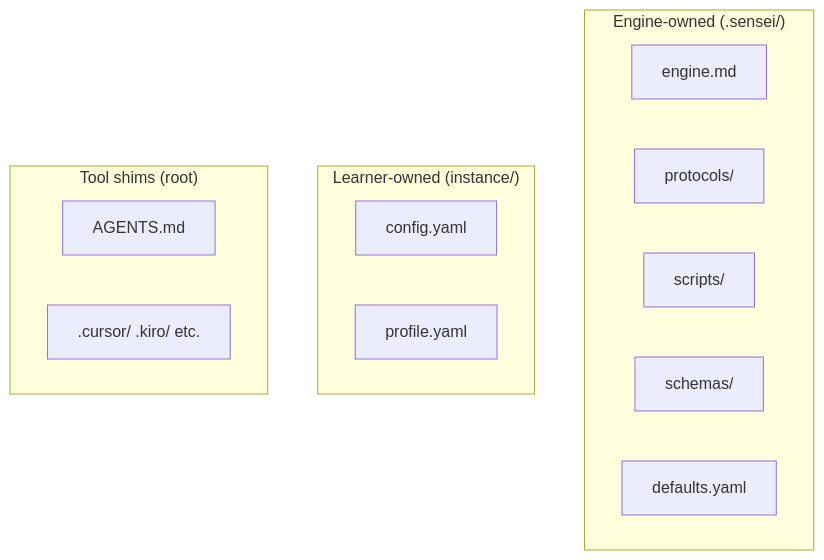
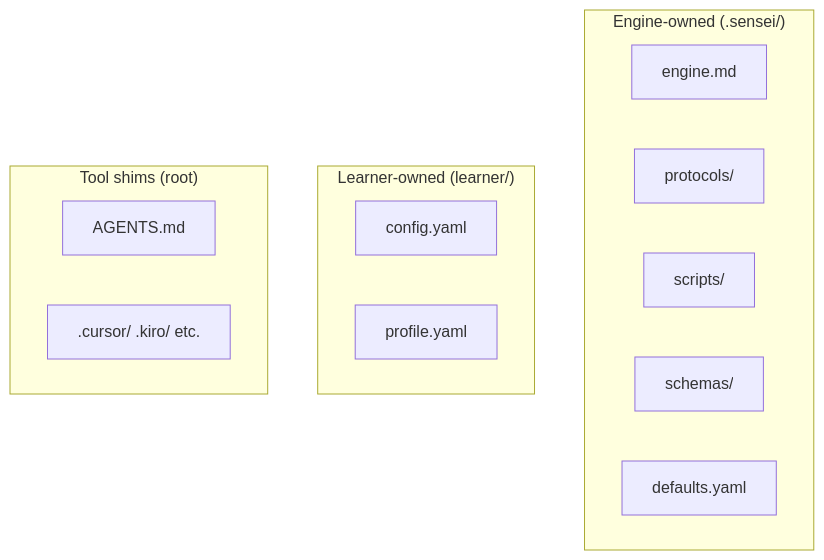
Before and after one commit to altakleos/sensei: the diagram in docs/design/folder-structure.md, drawn with Mermaid. The commit also changed other lines of this file and 57 other files, not shown here.

First line of the commit message:
refactor: rename instance/ to learner/ across codebase

````diff
--- a/docs/design/folder-structure.md
+++ b/docs/design/folder-structure.md
@@ -44,18 +44,18 @@
 ```mermaid
 flowchart TD
     subgraph "Engine-owned (.sensei/)" 
         E1[engine.md]
         E2[protocols/]
         E3[scripts/]
         E4[schemas/]
         E5[defaults.yaml]
     end
-    subgraph "Learner-owned (instance/)"
+    subgraph "Learner-owned (learner/)"
         L1[config.yaml]
         L2[profile.yaml]
     end
     subgraph "Tool shims (root)"
         S1[AGENTS.md]
         S2[.cursor/ .kiro/ etc.]
     end
 ```
````
